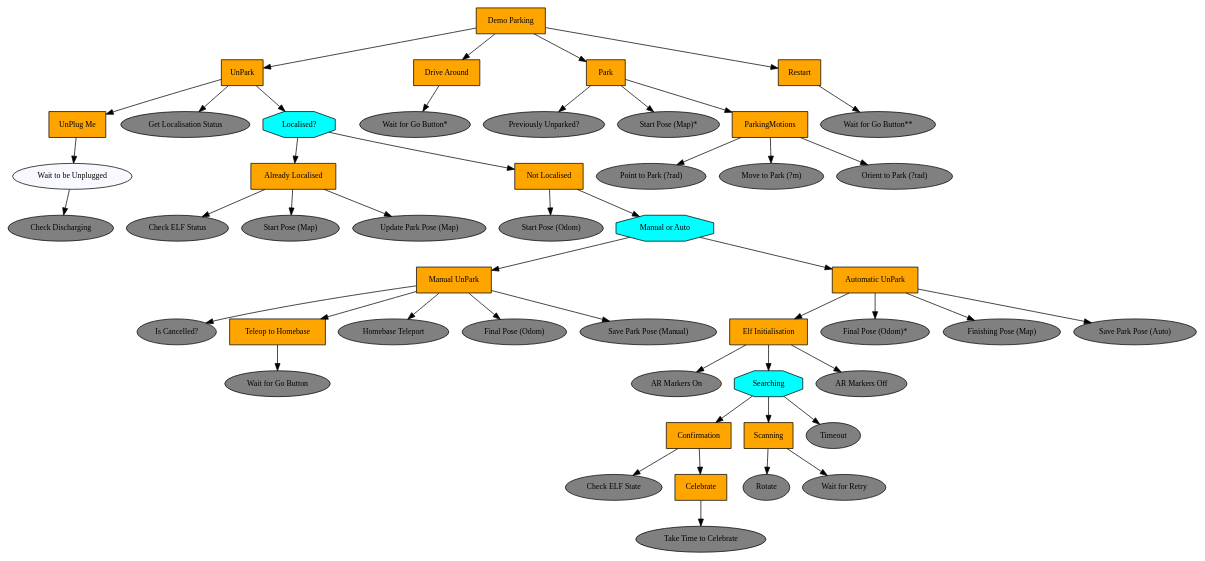
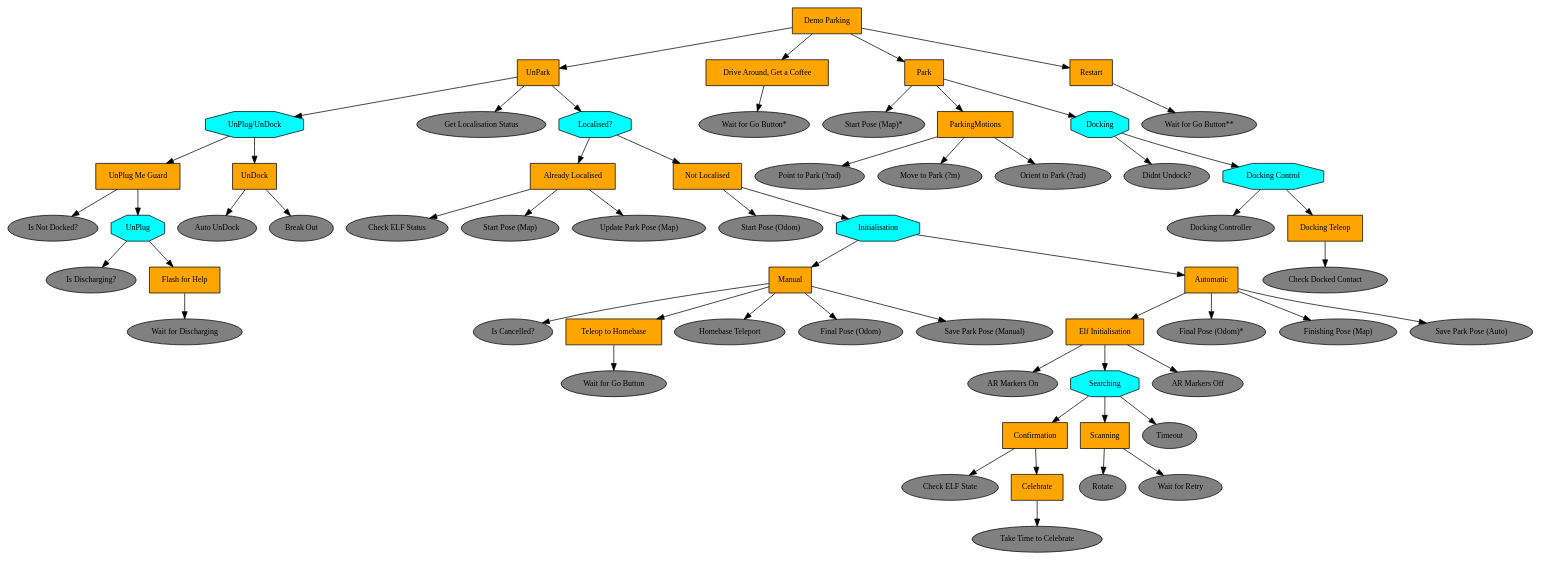
The diagram in gopher_behaviours/doc/dot/demo_parking.dot (splintered-reality/py_trees), drawn with Graphviz before and after one commit. The commit also changed 14 other files, not shown here.

```diff
--- a/gopher_behaviours/doc/dot/demo_parking.dot
+++ b/gopher_behaviours/doc/dot/demo_parking.dot
@@ -1,97 +1,121 @@
 digraph demo_parking {
 "Demo Parking" [shape=box, fontsize=11, style=filled, fillcolor=orange];
 UnPark [shape=box, fontsize=11, style=filled, fillcolor=orange];
 "Demo Parking" -> UnPark;
-"UnPlug Me" [shape=box, fontsize=11, style=filled, fillcolor=orange];
-UnPark -> "UnPlug Me";
-"Wait to be Unplugged" [shape=ellipse, fontsize=11, style=filled, fillcolor=ghostwhite];
-"UnPlug Me" -> "Wait to be Unplugged";
-"Check Discharging" [shape=ellipse, fontsize=11, style=filled, fillcolor=gray];
-"Wait to be Unplugged" -> "Check Discharging";
+"UnPlug/UnDock" [shape=octagon, fontsize=11, style=filled, fillcolor=cyan];
+UnPark -> "UnPlug/UnDock";
+"UnPlug Me Guard" [shape=box, fontsize=11, style=filled, fillcolor=orange];
+"UnPlug/UnDock" -> "UnPlug Me Guard";
+"Is Not Docked?" [shape=ellipse, fontsize=11, style=filled, fillcolor=gray];
+"UnPlug Me Guard" -> "Is Not Docked?";
+UnPlug [shape=octagon, fontsize=11, style=filled, fillcolor=cyan];
+"UnPlug Me Guard" -> UnPlug;
+"Is Discharging?" [shape=ellipse, fontsize=11, style=filled, fillcolor=gray];
+UnPlug -> "Is Discharging?";
+"Flash for Help" [shape=box, fontsize=11, style=filled, fillcolor=orange];
+UnPlug -> "Flash for Help";
+"Wait for Discharging" [shape=ellipse, fontsize=11, style=filled, fillcolor=gray];
+"Flash for Help" -> "Wait for Discharging";
+UnDock [shape=box, fontsize=11, style=filled, fillcolor=orange];
+"UnPlug/UnDock" -> UnDock;
+"Auto UnDock" [shape=ellipse, fontsize=11, style=filled, fillcolor=gray];
+UnDock -> "Auto UnDock";
+"Break Out" [shape=ellipse, fontsize=11, style=filled, fillcolor=gray];
+UnDock -> "Break Out";
 "Get Localisation Status" [shape=ellipse, fontsize=11, style=filled, fillcolor=gray];
 UnPark -> "Get Localisation Status";
 "Localised?" [shape=octagon, fontsize=11, style=filled, fillcolor=cyan];
 UnPark -> "Localised?";
 "Already Localised" [shape=box, fontsize=11, style=filled, fillcolor=orange];
 "Localised?" -> "Already Localised";
 "Check ELF Status" [shape=ellipse, fontsize=11, style=filled, fillcolor=gray];
 "Already Localised" -> "Check ELF Status";
 "Start Pose (Map)" [shape=ellipse, fontsize=11, style=filled, fillcolor=gray];
 "Already Localised" -> "Start Pose (Map)";
 "Update Park Pose (Map)" [shape=ellipse, fontsize=11, style=filled, fillcolor=gray];
 "Already Localised" -> "Update Park Pose (Map)";
 "Not Localised" [shape=box, fontsize=11, style=filled, fillcolor=orange];
 "Localised?" -> "Not Localised";
 "Start Pose (Odom)" [shape=ellipse, fontsize=11, style=filled, fillcolor=gray];
 "Not Localised" -> "Start Pose (Odom)";
-"Manual or Auto" [shape=octagon, fontsize=11, style=filled, fillcolor=cyan];
-"Not Localised" -> "Manual or Auto";
-"Manual UnPark" [shape=box, fontsize=11, style=filled, fillcolor=orange];
-"Manual or Auto" -> "Manual UnPark";
+Initialisation [shape=octagon, fontsize=11, style=filled, fillcolor=cyan];
+"Not Localised" -> Initialisation;
+Manual [shape=box, fontsize=11, style=filled, fillcolor=orange];
+Initialisation -> Manual;
 "Is Cancelled?" [shape=ellipse, fontsize=11, style=filled, fillcolor=gray];
-"Manual UnPark" -> "Is Cancelled?";
+Manual -> "Is Cancelled?";
 "Teleop to Homebase" [shape=box, fontsize=11, style=filled, fillcolor=orange];
-"Manual UnPark" -> "Teleop to Homebase";
+Manual -> "Teleop to Homebase";
 "Wait for Go Button" [shape=ellipse, fontsize=11, style=filled, fillcolor=gray];
 "Teleop to Homebase" -> "Wait for Go Button";
 "Homebase Teleport" [shape=ellipse, fontsize=11, style=filled, fillcolor=gray];
-"Manual UnPark" -> "Homebase Teleport";
+Manual -> "Homebase Teleport";
 "Final Pose (Odom)" [shape=ellipse, fontsize=11, style=filled, fillcolor=gray];
-"Manual UnPark" -> "Final Pose (Odom)";
+Manual -> "Final Pose (Odom)";
 "Save Park Pose (Manual)" [shape=ellipse, fontsize=11, style=filled, fillcolor=gray];
-"Manual UnPark" -> "Save Park Pose (Manual)";
-"Automatic UnPark" [shape=box, fontsize=11, style=filled, fillcolor=orange];
-"Manual or Auto" -> "Automatic UnPark";
+Manual -> "Save Park Pose (Manual)";
+Automatic [shape=box, fontsize=11, style=filled, fillcolor=orange];
+Initialisation -> Automatic;
 "Elf Initialisation" [shape=box, fontsize=11, style=filled, fillcolor=orange];
-"Automatic UnPark" -> "Elf Initialisation";
+Automatic -> "Elf Initialisation";
 "AR Markers On" [shape=ellipse, fontsize=11, style=filled, fillcolor=gray];
 "Elf Initialisation" -> "AR Markers On";
 Searching [shape=octagon, fontsize=11, style=filled, fillcolor=cyan];
 "Elf Initialisation" -> Searching;
 Confirmation [shape=box, fontsize=11, style=filled, fillcolor=orange];
 Searching -> Confirmation;
 "Check ELF State" [shape=ellipse, fontsize=11, style=filled, fillcolor=gray];
 Confirmation -> "Check ELF State";
 Celebrate [shape=box, fontsize=11, style=filled, fillcolor=orange];
 Confirmation -> Celebrate;
 "Take Time to Celebrate" [shape=ellipse, fontsize=11, style=filled, fillcolor=gray];
 Celebrate -> "Take Time to Celebrate";
 Scanning [shape=box, fontsize=11, style=filled, fillcolor=orange];
 Searching -> Scanning;
 Rotate [shape=ellipse, fontsize=11, style=filled, fillcolor=gray];
 Scanning -> Rotate;
 "Wait for Retry" [shape=ellipse, fontsize=11, style=filled, fillcolor=gray];
 Scanning -> "Wait for Retry";
 Timeout [shape=ellipse, fontsize=11, style=filled, fillcolor=gray];
 Searching -> Timeout;
 "AR Markers Off" [shape=ellipse, fontsize=11, style=filled, fillcolor=gray];
 "Elf Initialisation" -> "AR Markers Off";
 "Final Pose (Odom)*" [shape=ellipse, fontsize=11, style=filled, fillcolor=gray];
-"Automatic UnPark" -> "Final Pose (Odom)*";
+Automatic -> "Final Pose (Odom)*";
 "Finishing Pose (Map)" [shape=ellipse, fontsize=11, style=filled, fillcolor=gray];
-"Automatic UnPark" -> "Finishing Pose (Map)";
+Automatic -> "Finishing Pose (Map)";
 "Save Park Pose (Auto)" [shape=ellipse, fontsize=11, style=filled, fillcolor=gray];
-"Automatic UnPark" -> "Save Park Pose (Auto)";
-"Drive Around" [shape=box, fontsize=11, style=filled, fillcolor=orange];
-"Demo Parking" -> "Drive Around";
+Automatic -> "Save Park Pose (Auto)";
+"Drive Around, Get a Coffee" [shape=box, fontsize=11, style=filled, fillcolor=orange];
+"Demo Parking" -> "Drive Around, Get a Coffee";
 "Wait for Go Button*" [shape=ellipse, fontsize=11, style=filled, fillcolor=gray];
-"Drive Around" -> "Wait for Go Button*";
+"Drive Around, Get a Coffee" -> "Wait for Go Button*";
 Park [shape=box, fontsize=11, style=filled, fillcolor=orange];
 "Demo Parking" -> Park;
-"Previously Unparked?" [shape=ellipse, fontsize=11, style=filled, fillcolor=gray];
-Park -> "Previously Unparked?";
 "Start Pose (Map)*" [shape=ellipse, fontsize=11, style=filled, fillcolor=gray];
 Park -> "Start Pose (Map)*";
 ParkingMotions [shape=box, fontsize=11, style=filled, fillcolor=orange];
 Park -> ParkingMotions;
 "Point to Park (?rad)" [shape=ellipse, fontsize=11, style=filled, fillcolor=gray];
 ParkingMotions -> "Point to Park (?rad)";
 "Move to Park (?m)" [shape=ellipse, fontsize=11, style=filled, fillcolor=gray];
 ParkingMotions -> "Move to Park (?m)";
 "Orient to Park (?rad)" [shape=ellipse, fontsize=11, style=filled, fillcolor=gray];
 ParkingMotions -> "Orient to Park (?rad)";
+Docking [shape=octagon, fontsize=11, style=filled, fillcolor=cyan];
+Park -> Docking;
+"Didnt Undock?" [shape=ellipse, fontsize=11, style=filled, fillcolor=gray];
+Docking -> "Didnt Undock?";
+"Docking Control" [shape=octagon, fontsize=11, style=filled, fillcolor=cyan];
+Docking -> "Docking Control";
+"Docking Controller" [shape=ellipse, fontsize=11, style=filled, fillcolor=gray];
+"Docking Control" -> "Docking Controller";
+"Docking Teleop" [shape=box, fontsize=11, style=filled, fillcolor=orange];
+"Docking Control" -> "Docking Teleop";
+"Check Docked Contact" [shape=ellipse, fontsize=11, style=filled, fillcolor=gray];
+"Docking Teleop" -> "Check Docked Contact";
 Restart [shape=box, fontsize=11, style=filled, fillcolor=orange];
 "Demo Parking" -> Restart;
 "Wait for Go Button**" [shape=ellipse, fontsize=11, style=filled, fillcolor=gray];
 Restart -> "Wait for Go Button**";
 }
```
